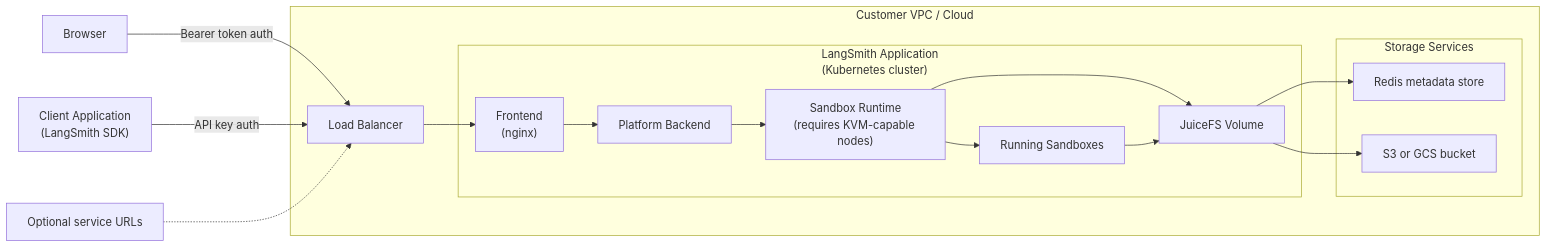
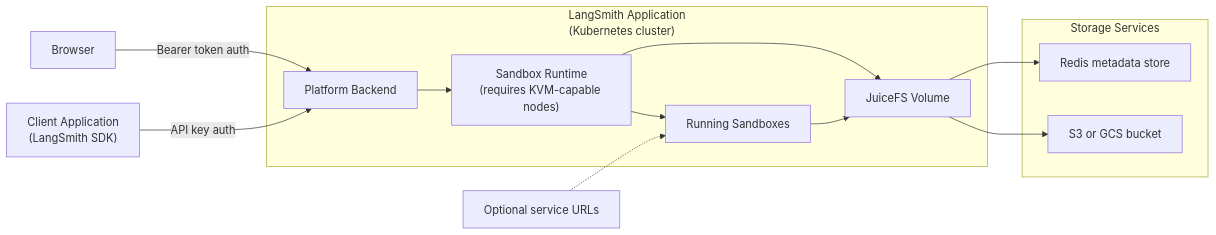
Before and after one commit to langchain-ai/docs: the diagram in src/langsmith/self-host-sandboxes.mdx, drawn with Mermaid.

Commit message:
docs: simplify sandbox diagram

````diff
--- a/src/langsmith/self-host-sandboxes.mdx
+++ b/src/langsmith/self-host-sandboxes.mdx
@@ -28,37 +28,30 @@
 ```mermaid
 flowchart LR
     browser["Browser"]
     sdk["Client Application<br/>(LangSmith SDK)"]
+    service_urls["Optional service URLs"]
 
-    browser -->|"Bearer token auth"| lb["Load Balancer"]
-    sdk -->|"API key auth"| lb
+    browser -->|"Bearer token auth"| platform
+    sdk -->|"API key auth"| platform
 
-    subgraph customer["Customer VPC / Cloud"]
-        lb
+    subgraph app["LangSmith Application<br/>(Kubernetes cluster)"]
+        platform["Platform Backend"]
+        runtime["Sandbox Runtime<br/>(requires KVM-capable nodes)"]
+        sandboxes["Running Sandboxes"]
+        juicefs["JuiceFS Volume"]
 
-        subgraph app["LangSmith Application<br/>(Kubernetes cluster)"]
-            frontend["Frontend<br/>(nginx)"]
-            platform["Platform Backend"]
-            runtime["Sandbox Runtime<br/>(requires KVM-capable nodes)"]
-            sandboxes["Running Sandboxes"]
-            juicefs["JuiceFS Volume"]
-
-            frontend --> platform
-            platform --> runtime
-            runtime --> sandboxes
-            runtime --> juicefs
-            sandboxes --> juicefs
-        end
-
-        subgraph storage["Storage Services"]
-            redis["Redis metadata store"]
-            bucket["S3 or GCS bucket"]
-        end
-
-        lb --> frontend
-        juicefs --> redis
-        juicefs --> bucket
+        platform --> runtime
+        runtime --> sandboxes
+        runtime --> juicefs
+        sandboxes --> juicefs
     end
 
-    service_urls["Optional service URLs"] -.-> lb
+    subgraph storage["Storage Services"]
+        redis["Redis metadata store"]
+        bucket["S3 or GCS bucket"]
+    end
+
+    service_urls -.-> sandboxes
+    juicefs --> redis
+    juicefs --> bucket
 ```
````
